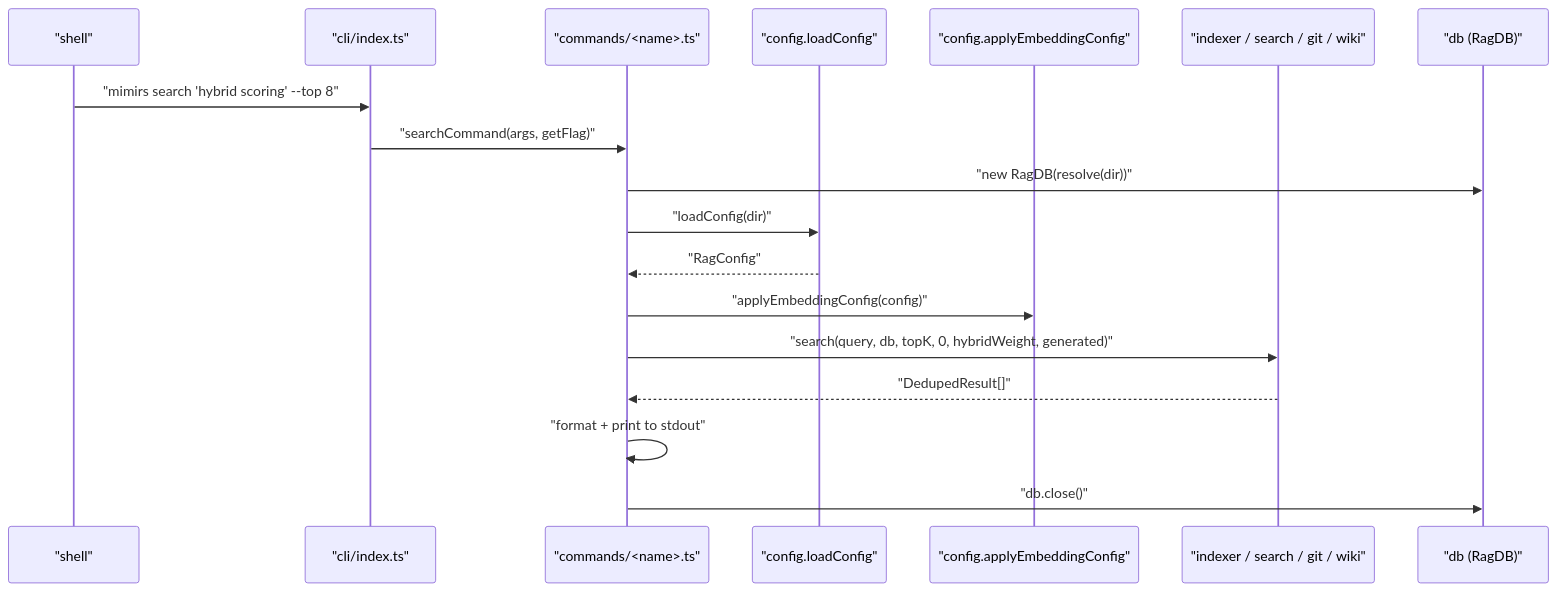
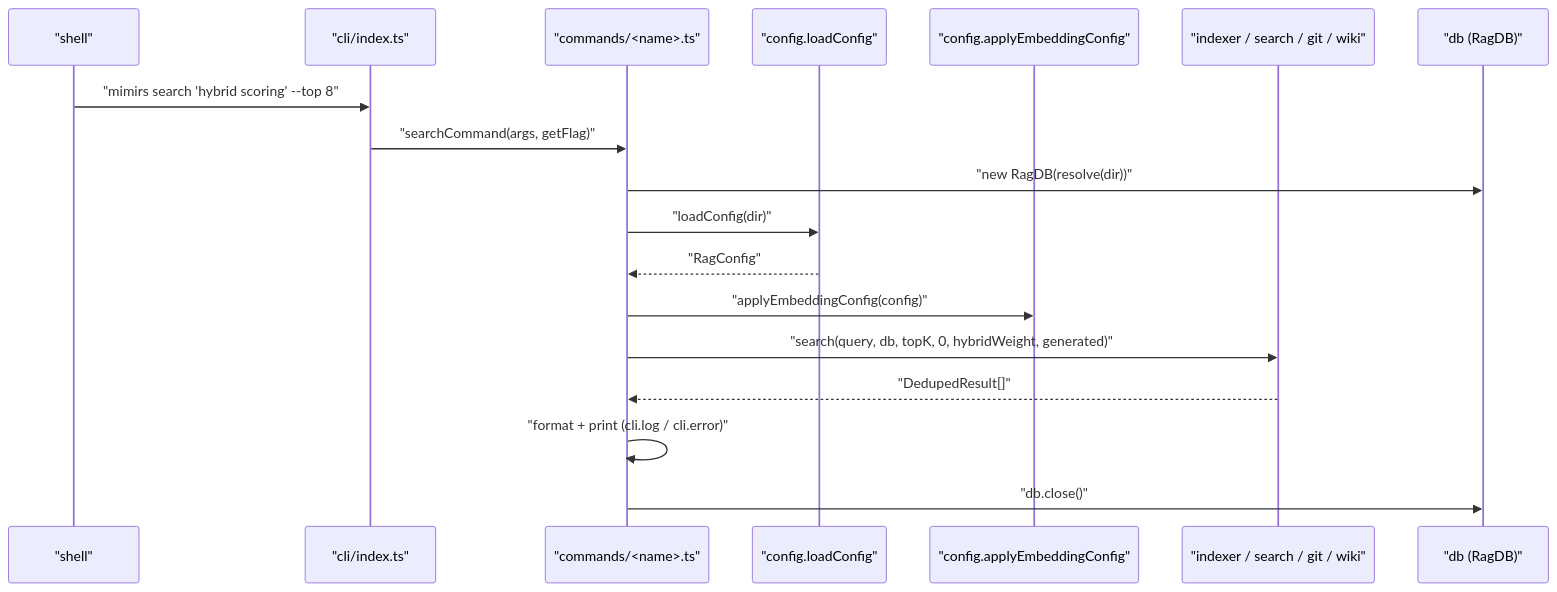
The first of 2 diagrams in wiki/modules/commands.md (TheWinci/mimirs), drawn with Mermaid before and after one commit. The commit also changed other lines of this file and 33 other files, not shown here.

````diff
--- a/wiki/modules/commands.md
+++ b/wiki/modules/commands.md
@@ -9,21 +21,21 @@
 ```mermaid
 sequenceDiagram
   participant user as "shell"
   participant dispatch as "cli/index.ts"
   participant cmd as "commands/<name>.ts"
   participant cfg as "config.loadConfig"
   participant emb as "config.applyEmbeddingConfig"
   participant domain as "indexer / search / git / wiki"
   participant db as "db (RagDB)"
 
   user->>dispatch: "mimirs search 'hybrid scoring' --top 8"
   dispatch->>cmd: "searchCommand(args, getFlag)"
   cmd->>db: "new RagDB(resolve(dir))"
   cmd->>cfg: "loadConfig(dir)"
   cfg-->>cmd: "RagConfig"
   cmd->>emb: "applyEmbeddingConfig(config)"
   cmd->>domain: "search(query, db, topK, 0, hybridWeight, generated)"
   domain-->>cmd: "DedupedResult[]"
-  cmd->>cmd: "format + print to stdout"
+  cmd->>cmd: "format + print (cli.log / cli.error)"
   cmd->>db: "db.close()"
 ```
````
